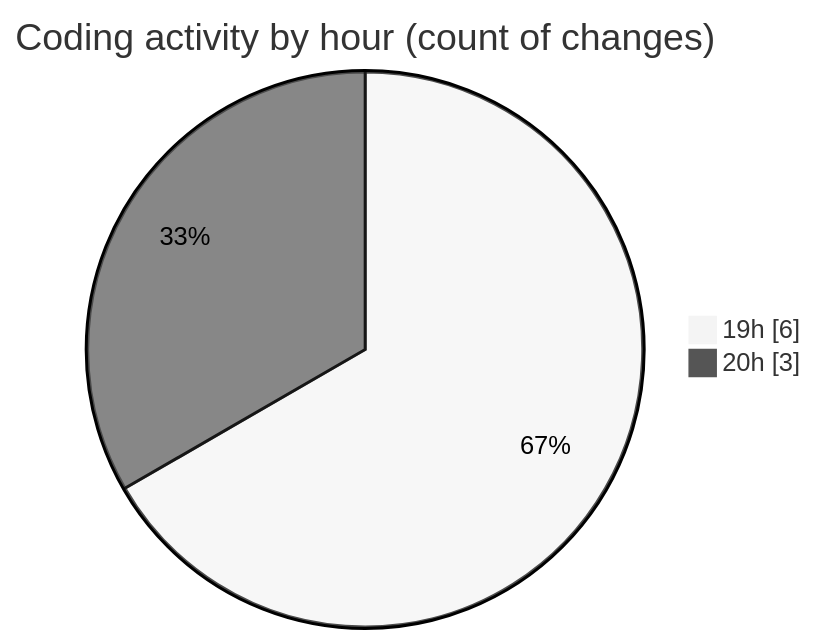
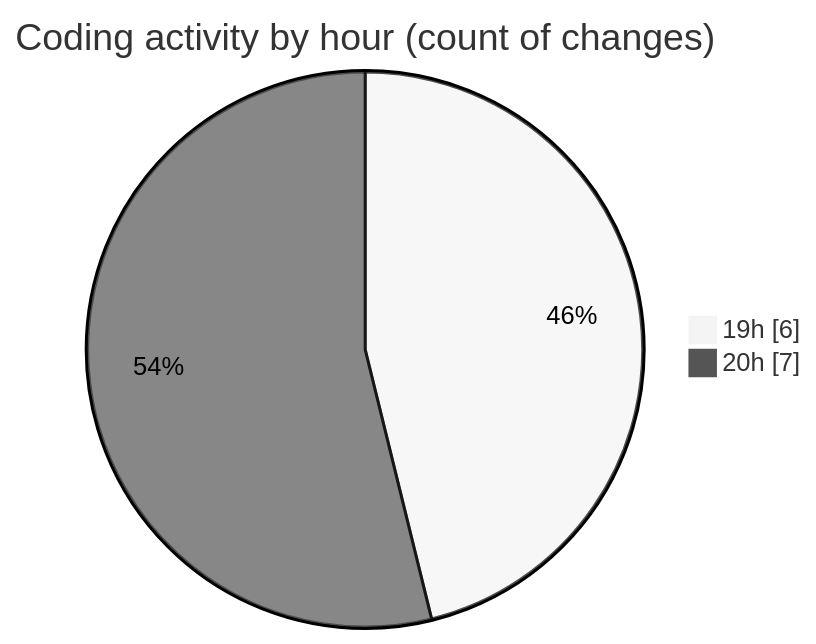
Before and after one commit to Elitesun/code-tracking: the second of 2 diagrams in 2025-04-23/heypy/README.md, drawn with Mermaid (neutral theme). The commit also changed other lines of this file and 1 other file, not shown here.

````diff
--- a/2025-04-23/heypy/README.md
+++ b/2025-04-23/heypy/README.md
@@ -35,6 +37,6 @@
 ```mermaid
 pie showData
 title Coding activity by hour (count of changes)
 "19h" : 6
-"20h" : 3
+"20h" : 7
 ```
````
